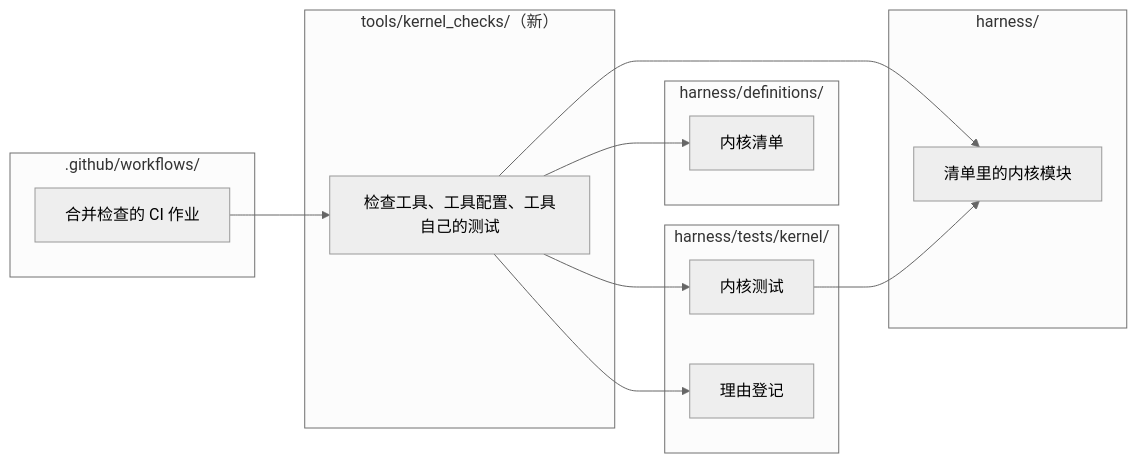
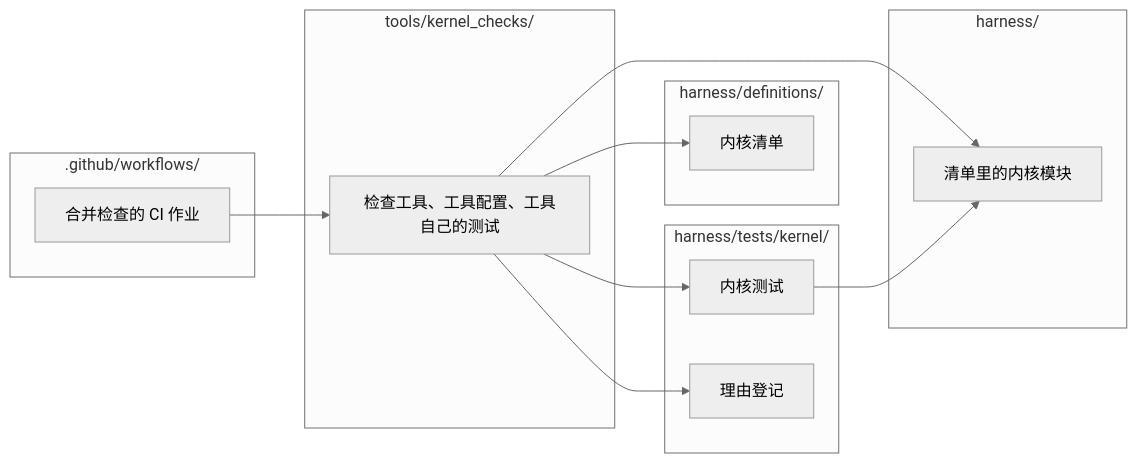
Before and after one commit to bender2333/yudao: the second of 2 diagrams in docs/design/kernel-quality-gate.md, drawn with Mermaid (neutral theme). The commit also changed other lines of this file and 6 other files, not shown here.

````diff
--- a/docs/design/kernel-quality-gate.md
+++ b/docs/design/kernel-quality-gate.md
@@ -75,25 +75,25 @@
 ```mermaid
 flowchart LR
   subgraph WF[".github/workflows/"]
     Job["合并检查的 CI 作业"]
   end
-  subgraph KC["tools/kernel_checks/（新）"]
+  subgraph KC["tools/kernel_checks/"]
     Tool["检查工具、工具配置、工具自己的测试"]
   end
   subgraph DEF["harness/definitions/"]
     Man["内核清单"]
   end
   subgraph H["harness/"]
     Mod["清单里的内核模块"]
   end
   subgraph KT["harness/tests/kernel/"]
     T["内核测试"]
     R["理由登记"]
   end
   Job --> Tool
   Tool --> Man
   Tool --> Mod
   Tool --> T
   Tool --> R
   T --> Mod
 ```
````
